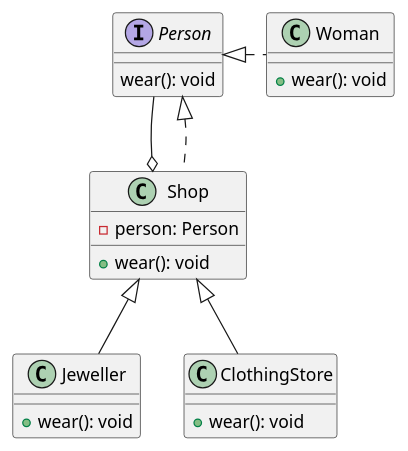
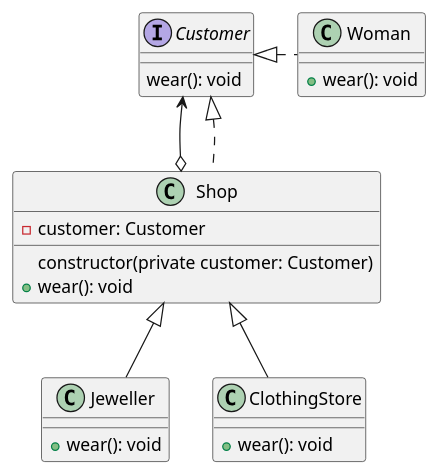
Before and after one commit to plkpiotr/design-patterns: the diagram in src/app/structural/decorator/decorator.puml, drawn with PlantUML. The commit also changed other lines of this file and 15 other files, not shown here.

```diff
--- a/src/app/structural/decorator/decorator.puml
+++ b/src/app/structural/decorator/decorator.puml
@@ -1,31 +1,32 @@
 @startuml
 
-interface Person {
+interface Customer {
   wear(): void
 }
 
 class Woman {
   + wear(): void
 }
 
 class Shop {
-  - person: Person
+  - customer: Customer
+  constructor(private customer: Customer)
   + wear(): void
 }
 
 class Jeweller {
   + wear(): void
 }
 
 class ClothingStore {
   + wear(): void
 }
 
-Person <|. Woman
-Person --o Shop
-Person <|.. Shop
+Customer <|. Woman
+Customer <--o Shop
+Customer <|.. Shop
 
 Shop <|-- Jeweller
 Shop <|-- ClothingStore
 
 @enduml
```
